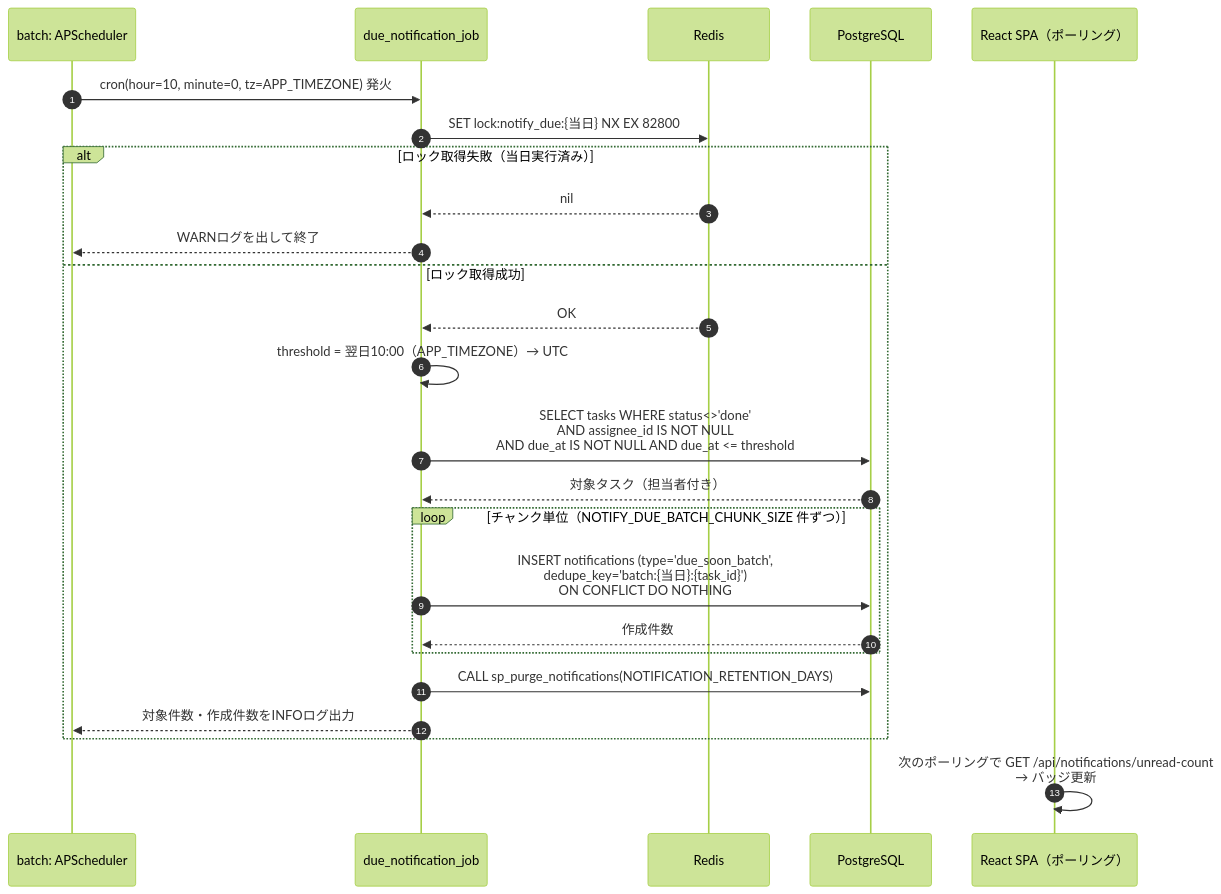
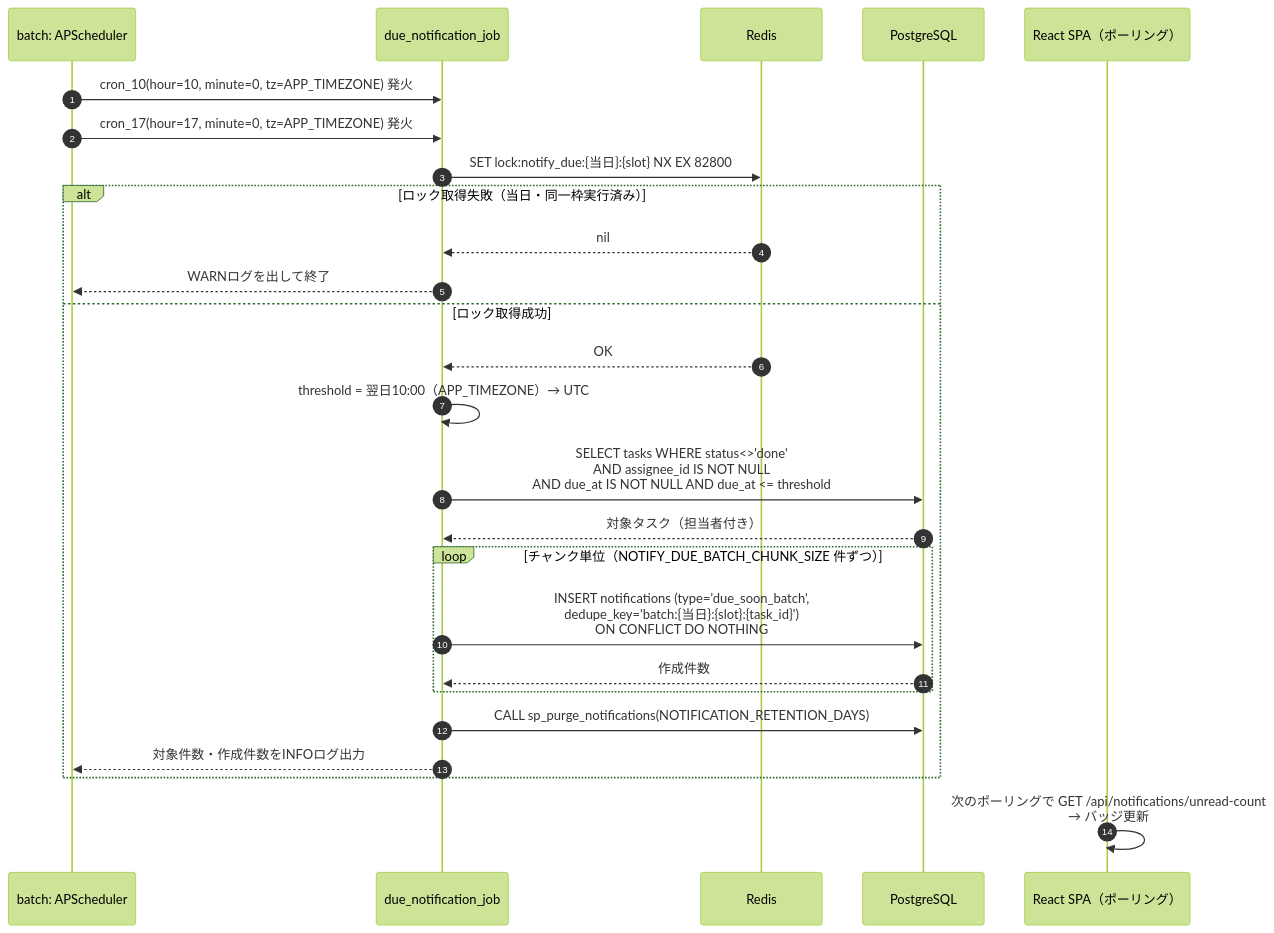
The fourth of 4 diagrams in basic_design/04_api.md (oikawa-d/task_management), drawn with Mermaid (forest theme) before and after one commit. The commit also changed other lines of this file and 31 other files, not shown here.

````diff
--- a/basic_design/04_api.md
+++ b/basic_design/04_api.md
@@ -501,28 +501,29 @@
 ```mermaid
 sequenceDiagram
     autonumber
     participant SC as batch: APScheduler
     participant J as due_notification_job
     participant RD as Redis
     participant PG as PostgreSQL
     participant FE as React SPA（ポーリング）
 
-    SC->>J: cron(hour=10, minute=0, tz=APP_TIMEZONE) 発火
-    J->>RD: SET lock:notify_due:{当日} NX EX 82800
-    alt ロック取得失敗（当日実行済み）
+    SC->>J: cron_10(hour=10, minute=0, tz=APP_TIMEZONE) 発火
+    SC->>J: cron_17(hour=17, minute=0, tz=APP_TIMEZONE) 発火
+    J->>RD: SET lock:notify_due:{当日}:{slot} NX EX 82800
+    alt ロック取得失敗（当日・同一枠実行済み）
         RD-->>J: nil
         J-->>SC: WARNログを出して終了
     else ロック取得成功
         RD-->>J: OK
         J->>J: threshold = 翌日10:00（APP_TIMEZONE）→ UTC
         J->>PG: SELECT tasks WHERE status<>'done'<br/>AND assignee_id IS NOT NULL<br/>AND due_at IS NOT NULL AND due_at <= threshold
         PG-->>J: 対象タスク（担当者付き）
         loop チャンク単位（NOTIFY_DUE_BATCH_CHUNK_SIZE 件ずつ）
-            J->>PG: INSERT notifications (type='due_soon_batch',<br/>dedupe_key='batch:{当日}:{task_id}')<br/>ON CONFLICT DO NOTHING
+            J->>PG: INSERT notifications (type='due_soon_batch',<br/>dedupe_key='batch:{当日}:{slot}:{task_id}')<br/>ON CONFLICT DO NOTHING
             PG-->>J: 作成件数
         end
         J->>PG: CALL sp_purge_notifications(NOTIFICATION_RETENTION_DAYS)
         J-->>SC: 対象件数・作成件数をINFOログ出力
     end
     FE->>FE: 次のポーリングで GET /api/notifications/unread-count<br/>→ バッジ更新
 ```
````
